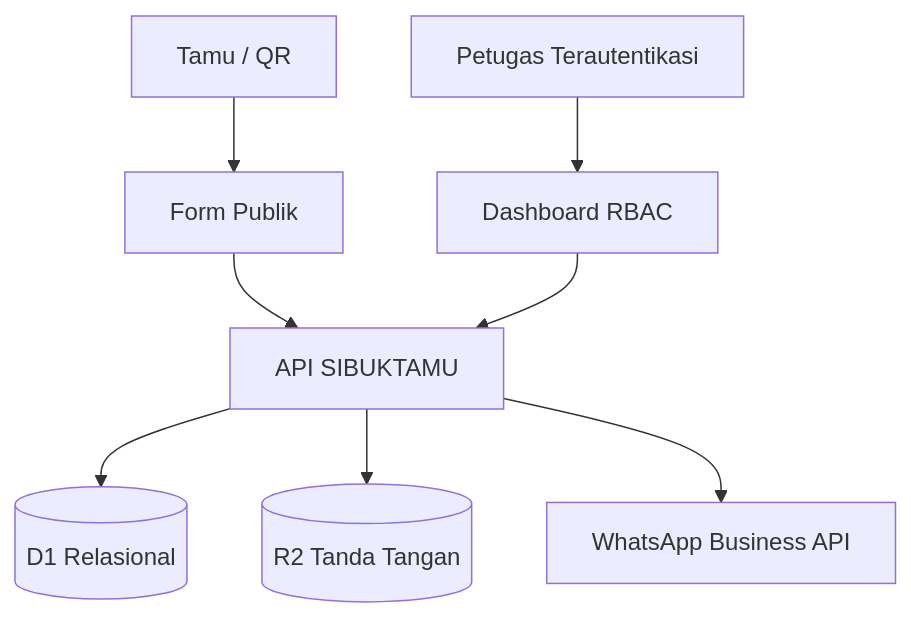
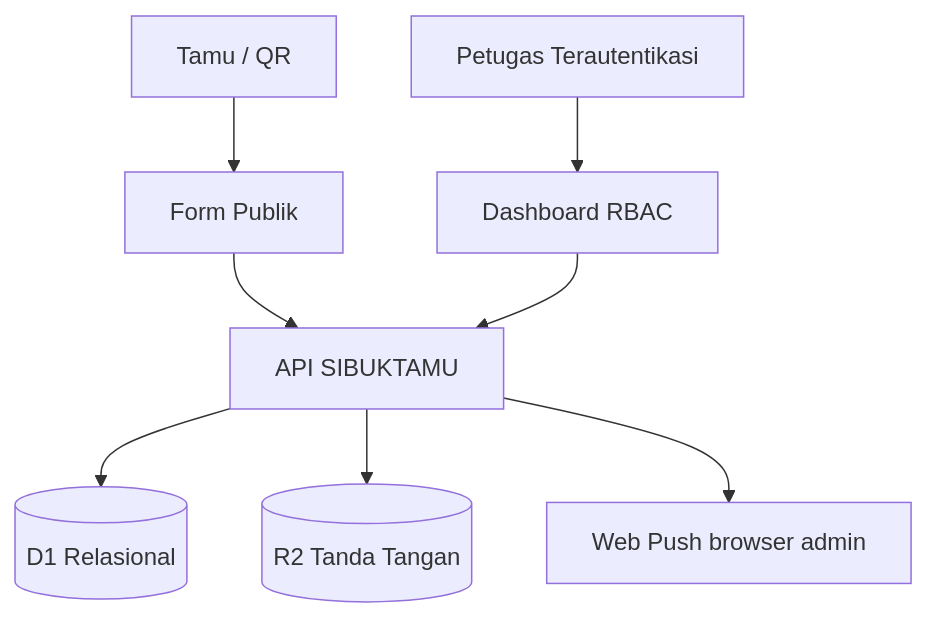
The diagram in README.md (Rifkyharunac/SIBUKTAMU), drawn with Mermaid before and after one commit. The commit also changed other lines of this file and 21 other files, not shown here.

Commit message:
Replace WA notifications with admin Web Push, installable app and persistent login

````diff
--- a/README.md
+++ b/README.md
@@ -22,10 +22,10 @@
 ```mermaid
 flowchart TD
   G[Tamu / QR] --> P[Form Publik]
   P --> API[API SIBUKTAMU]
   API --> D1[(D1 Relasional)]
   API --> R2[(R2 Tanda Tangan)]
-  API --> WA[WhatsApp Business API]
+  API --> PUSH[Web Push browser admin]
   A[Petugas Terautentikasi] --> ADM[Dashboard RBAC]
   ADM --> API
 ```
````
